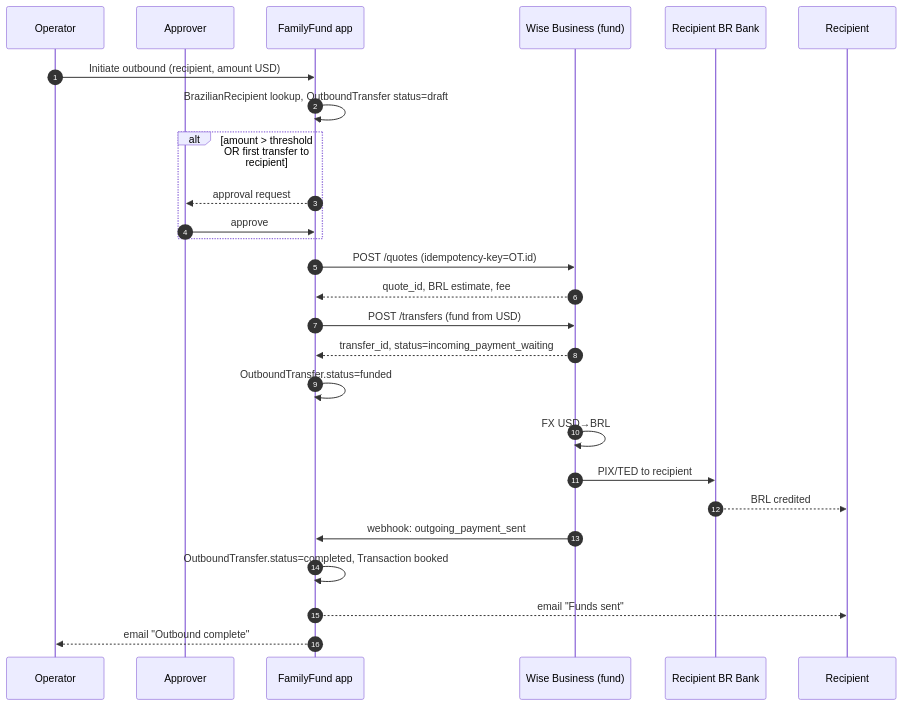
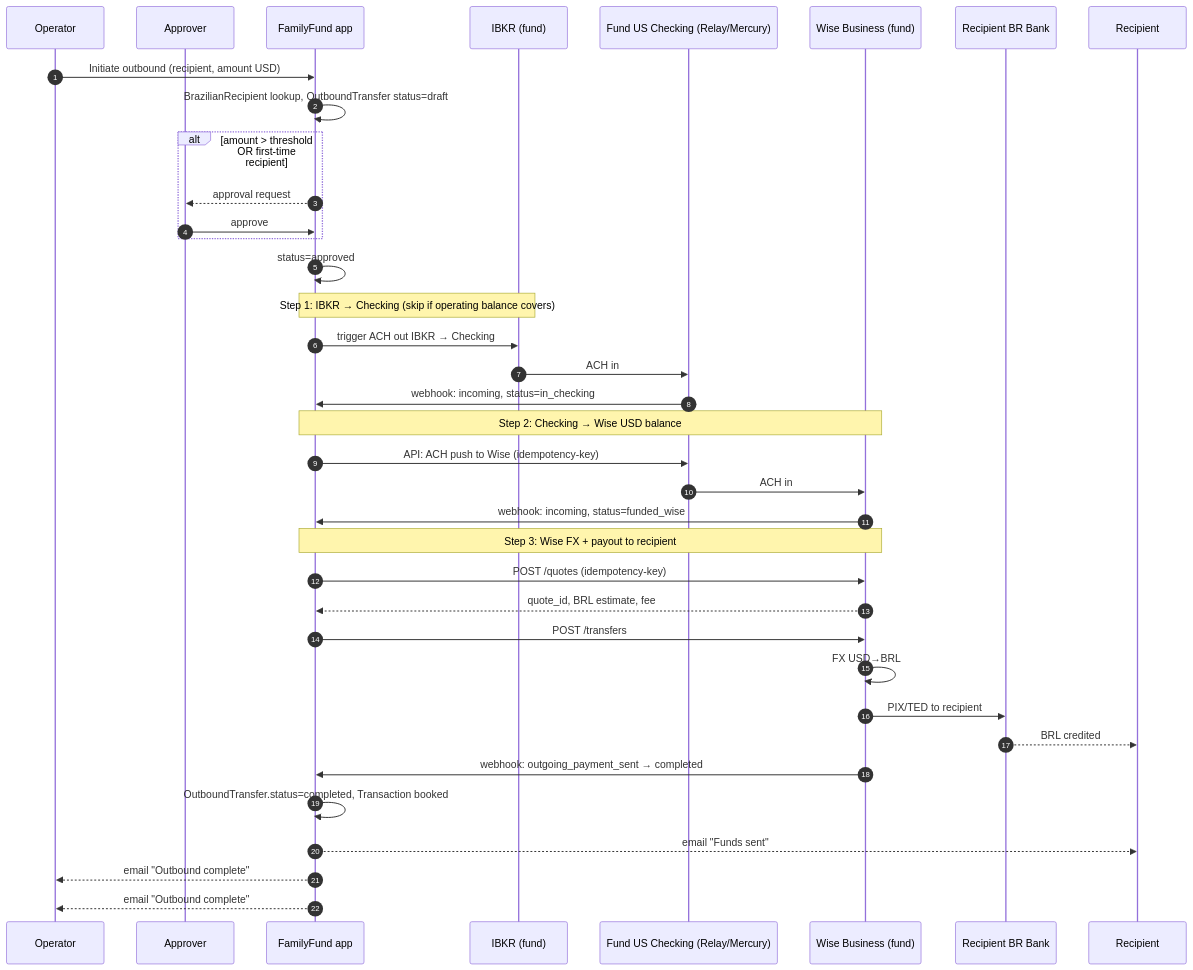
The third of 4 diagrams in money_flow_plan.md (jdtogni78/FamilyFund-public), drawn with Mermaid before and after one commit. The commit also changed other lines of this file, not shown here.

````diff
--- a/money_flow_plan.md
+++ b/money_flow_plan.md
@@ -516,29 +630,43 @@
 ```mermaid
 sequenceDiagram
     autonumber
     participant O as Operator
     participant A as Approver
     participant FF as FamilyFund app
+    participant IB as IBKR (fund)
+    participant CH as Fund US Checking (Relay/Mercury)
     participant WF as Wise Business (fund)
-    participant BR as Recipient BR Bank
+    participant BRB as Recipient BR Bank
     participant R as Recipient
 
     O->>FF: Initiate outbound (recipient, amount USD)
     FF->>FF: BrazilianRecipient lookup, OutboundTransfer status=draft
-    alt amount > threshold OR first transfer to recipient
+    alt amount > threshold OR first-time recipient
         FF-->>A: approval request
         A->>FF: approve
     end
-    FF->>WF: POST /quotes (idempotency-key=OT.id)
+    FF->>FF: status=approved
+
+    Note over FF,IB: Step 1: IBKR → Checking (skip if operating balance covers)
+    FF->>IB: trigger ACH out IBKR → Checking
+    IB->>CH: ACH in
+    CH->>FF: webhook: incoming, status=in_checking
+
+    Note over FF,WF: Step 2: Checking → Wise USD balance
+    FF->>CH: API: ACH push to Wise (idempotency-key)
+    CH->>WF: ACH in
+    WF->>FF: webhook: incoming, status=funded_wise
+
+    Note over FF,WF: Step 3: Wise FX + payout to recipient
+    FF->>WF: POST /quotes (idempotency-key)
     WF-->>FF: quote_id, BRL estimate, fee
-    FF->>WF: POST /transfers (fund from USD)
-    WF-->>FF: transfer_id, status=incoming_payment_waiting
-    FF->>FF: OutboundTransfer.status=funded
+    FF->>WF: POST /transfers
     WF->>WF: FX USD→BRL
-    WF->>BR: PIX/TED to recipient
-    BR-->>R: BRL credited
-    WF->>FF: webhook: outgoing_payment_sent
+    WF->>BRB: PIX/TED to recipient
+    BRB-->>R: BRL credited
+    WF->>FF: webhook: outgoing_payment_sent → completed
     FF->>FF: OutboundTransfer.status=completed, Transaction booked
     FF-->>R: email "Funds sent"
     FF-->>O: email "Outbound complete"
+    FF-->>O: email "Outbound complete"
 ```
````
